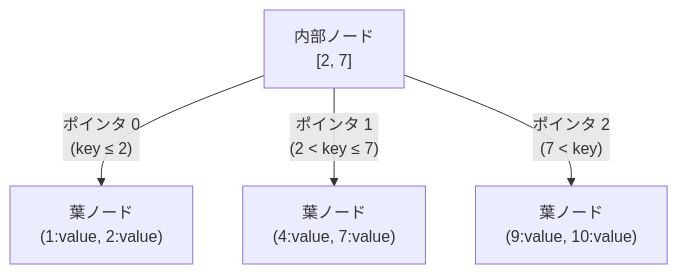
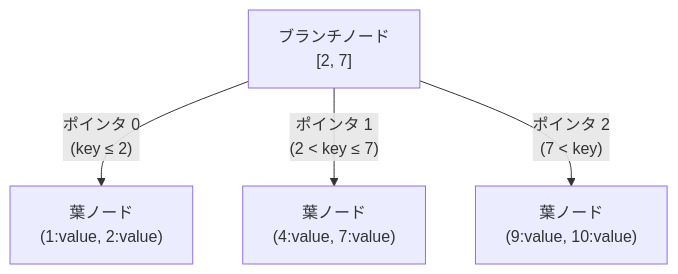
The diagram in docs/architecture/access/b+tree.md (ren-yamanashi/minesql), drawn with Mermaid before and after one commit. The commit also changed other lines of this file and 10 other files, not shown here.

````diff
--- a/docs/architecture/access/b+tree.md
+++ b/docs/architecture/access/b+tree.md
@@ -23,12 +23,12 @@
 ```mermaid
 graph TD
-    Internal["内部ノード<br/>[2, 7]"]
+    Internal["ブランチノード<br/>[2, 7]"]
 
     Leaf0["葉ノード<br/>(1:value, 2:value)"]
     Leaf1["葉ノード<br/>(4:value, 7:value)"]
     Leaf2["葉ノード<br/>(9:value, 10:value)"]
 
     Internal -->|"ポインタ 0<br/>(key ≤ 2)"| Leaf0
     Internal -->|"ポインタ 1<br/>(2 < key ≤ 7)"| Leaf1
     Internal -->|"ポインタ 2<br/>(7 < key)"| Leaf2
 ```
````
